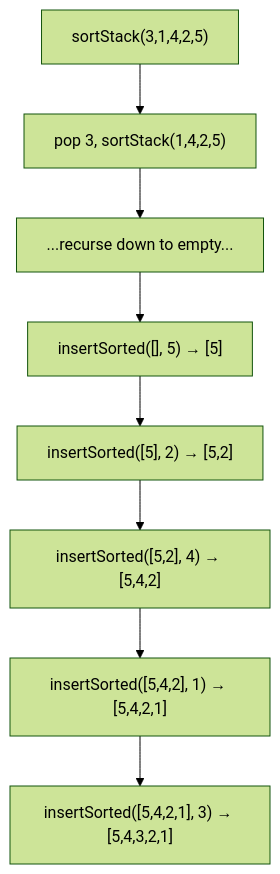
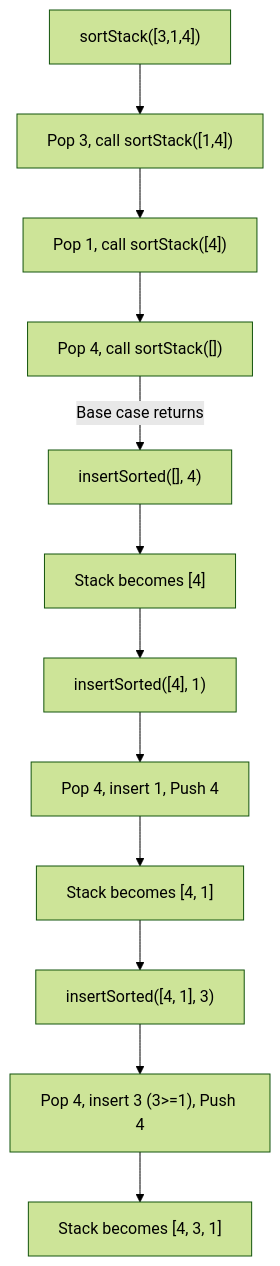
The diagram in practical_exam/q3_sort_stack_recursion.md (Hike-12/CCP), drawn with Mermaid (forest theme) before and after one commit. The commit also changed other lines of this file and 17 other files, not shown here.

````diff
--- a/practical_exam/q3_sort_stack_recursion.md
+++ b/practical_exam/q3_sort_stack_recursion.md
@@ -67,10 +167,14 @@
 ```mermaid
 graph TD
-    A["sortStack(3,1,4,2,5)"] --> B["pop 3, sortStack(1,4,2,5)"]
-    B --> C["...recurse down to empty..."]
-    C --> D["insertSorted([], 5) → [5]"]
-    D --> E["insertSorted([5], 2) → [5,2]"]
-    E --> F["insertSorted([5,2], 4) → [5,4,2]"]
-    F --> G["insertSorted([5,4,2], 1) → [5,4,2,1]"]
-    G --> H["insertSorted([5,4,2,1], 3) → [5,4,3,2,1]"]
+    A["sortStack([3,1,4])"] --> B["Pop 3, call sortStack([1,4])"]
+    B --> C["Pop 1, call sortStack([4])"]
+    C --> D["Pop 4, call sortStack([])"]
+    D --> |Base case returns| E["insertSorted([], 4)"]
+    E --> F["Stack becomes [4]"]
+    F --> G["insertSorted([4], 1)"]
+    G --> H["Pop 4, insert 1, Push 4"]
+    H --> I["Stack becomes [4, 1]"]
+    I --> J["insertSorted([4, 1], 3)"]
+    J --> K["Pop 4, insert 3 (3>=1), Push 4"]
+    K --> L["Stack becomes [4, 3, 1]"]
 ```
````
